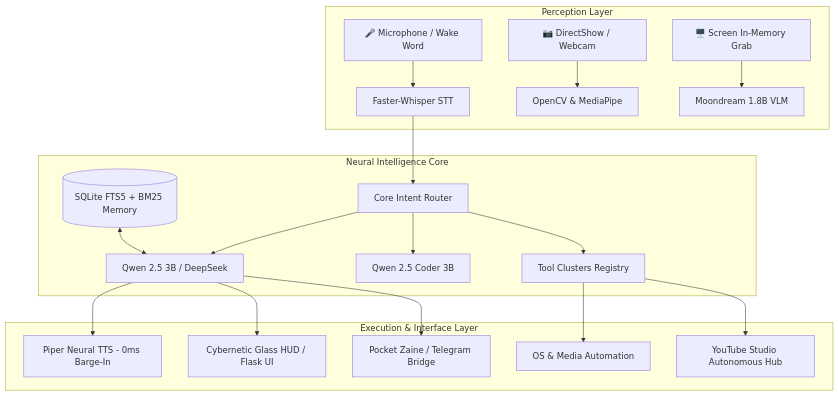
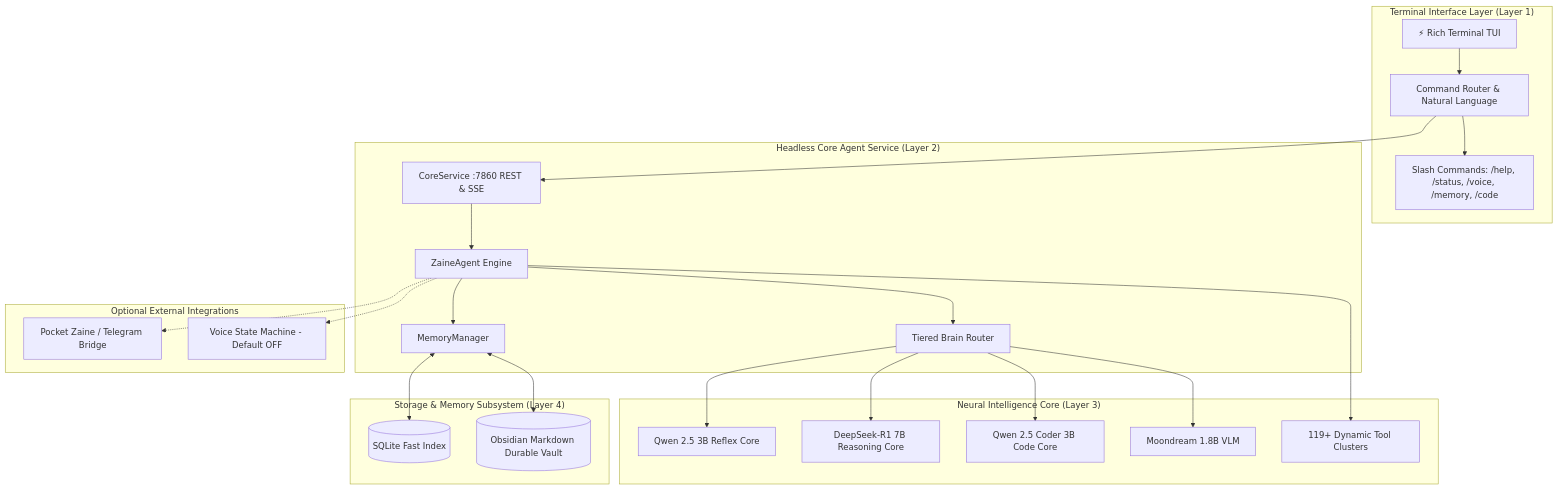
Before and after one commit to hmohammedmateenullashariff-bit/Z.A.I.N.E: the diagram in README.md, drawn with Mermaid. The commit also changed other lines of this file and 344 other files, not shown here.

````diff
--- a/README.md
+++ b/README.md
@@ -27,24 +30,32 @@
 ```mermaid
 graph TD
-    subgraph "Perception Layer"
-        MIC[🎤 Microphone / Wake Word] --> STT[Faster-Whisper STT]
-        CAM[📷 DirectShow / Webcam] --> CV[OpenCV & MediaPipe]
-        SCREEN[🖥️ Screen In-Memory Grab] --> VLM[Moondream 1.8B VLM]
+    subgraph "Terminal Interface Layer (Layer 1)"
+        CLI[⚡ Rich Terminal TUI] --> ROUTER[Command Router & Natural Language]
+        ROUTER --> SLASH[Slash Commands: /help, /status, /voice, /memory, /code]
     end
 
-    subgraph "Neural Intelligence Core"
-        STT --> ROUTER[Core Intent Router]
-        ROUTER --> REASON[Qwen 2.5 3B / DeepSeek]
-        ROUTER --> CODER[Qwen 2.5 Coder 3B]
-        ROUTER --> TOOLS[Tool Clusters Registry]
-        MEM[(SQLite FTS5 + BM25 Memory)] <--> REASON
+    subgraph "Headless Core Agent Service (Layer 2)"
+        ROUTER --> CORE[CoreService :7860 REST & SSE]
+        CORE --> AGENT[ZaineAgent Engine]
+        AGENT --> BRAIN[Tiered Brain Router]
+        AGENT --> MEMMGR[MemoryManager]
     end
 
-    subgraph "Execution & Interface Layer"
-        REASON --> TTS[Piper Neural TTS - 0ms Barge-In]
-        REASON --> HUD[Cybernetic Glass HUD / Flask UI]
-        REASON --> TELEGRAM[Pocket Zaine / Telegram Bridge]
-        TOOLS --> AUTOMATION[OS & Media Automation]
-        TOOLS --> STUDIO[YouTube Studio Autonomous Hub]
+    subgraph "Neural Intelligence Core (Layer 3)"
+        BRAIN --> REFLEX[Qwen 2.5 3B Reflex Core]
+        BRAIN --> REASON[DeepSeek-R1 7B Reasoning Core]
+        BRAIN --> CODER[Qwen 2.5 Coder 3B Code Core]
+        BRAIN --> VISION[Moondream 1.8B VLM]
+        AGENT --> TOOLS[119+ Dynamic Tool Clusters]
+    end
+
+    subgraph "Storage & Memory Subsystem (Layer 4)"
+        MEMMGR <--> SQLITE[(SQLite Fast Index)]
+        MEMMGR <--> VAULT[(Obsidian Markdown Durable Vault)]
+    end
+
+    subgraph "Optional External Integrations"
+        AGENT -.-> TELEGRAM[Pocket Zaine / Telegram Bridge]
+        AGENT -.-> VOICE[Voice State Machine - Default OFF]
     end
 ```
````
